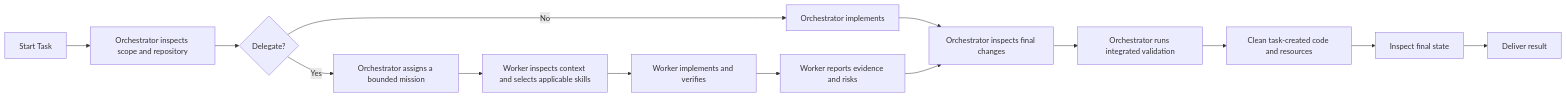
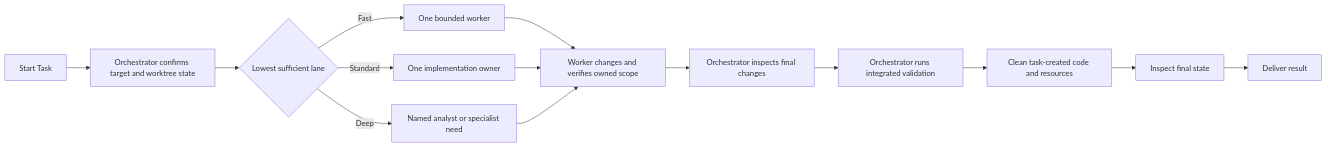
Before and after one commit to madsoftwaredev/opencode-config: the third of 3 diagrams in README.md, drawn with Mermaid. The commit also changed other lines of this file and 36 other files, not shown here.

````diff
--- a/README.md
+++ b/README.md
@@ -528,16 +529,16 @@
 ```mermaid
 flowchart LR
-    A[Start Task] --> B[Orchestrator inspects scope and repository]
-    B --> C{Delegate?}
-    C -->|No| D[Orchestrator implements]
-    C -->|Yes| E[Orchestrator assigns a bounded mission]
-    E --> F[Worker inspects context and selects applicable skills]
-    F --> G[Worker implements and verifies]
-    G --> H[Worker reports evidence and risks]
-    D --> I[Orchestrator inspects final changes]
-    H --> I
+    A[Start Task] --> B[Orchestrator confirms target and worktree state]
+    B --> C{Lowest sufficient lane}
+    C -->|Fast| E[One bounded worker]
+    C -->|Standard| F[One implementation owner]
+    C -->|Deep| G[Named analyst or specialist need]
+    E --> H[Worker changes and verifies owned scope]
+    F --> H
+    G --> H
+    H --> I[Orchestrator inspects final changes]
     I --> J[Orchestrator runs integrated validation]
     J --> K[Clean task-created code and resources]
     K --> L[Inspect final state]
     L --> M[Deliver result]
 ```
````
